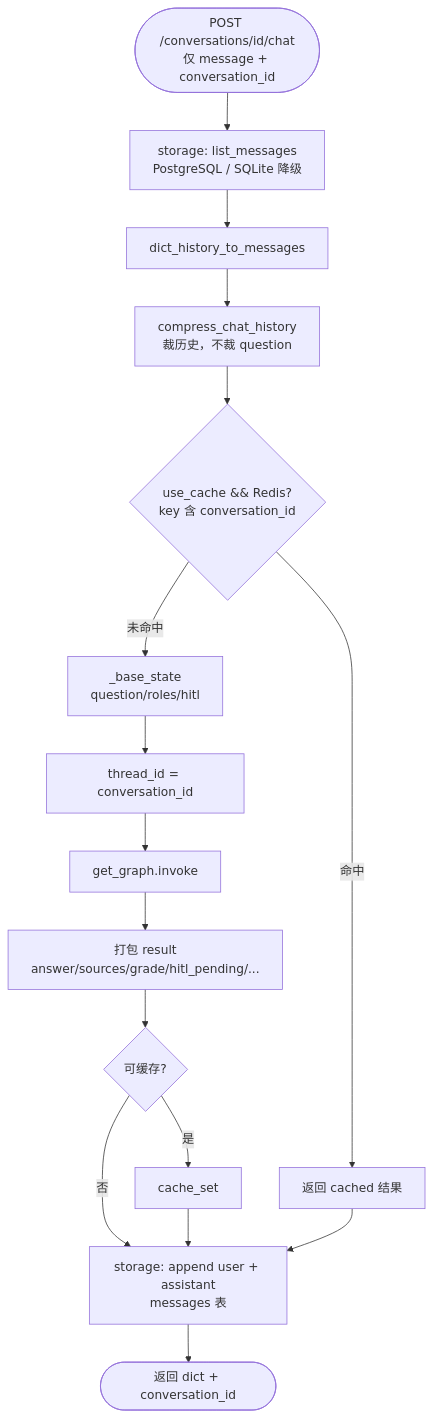
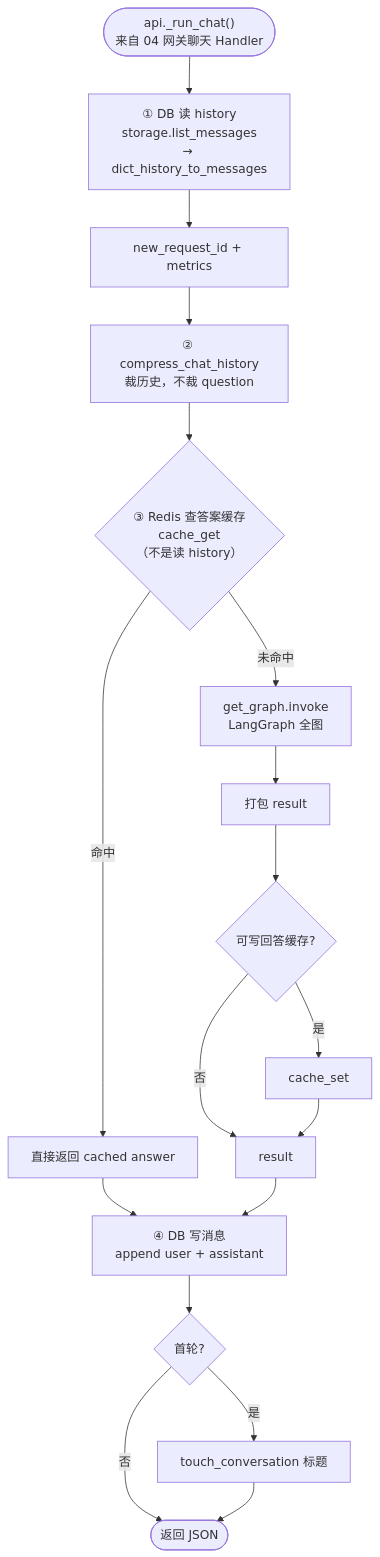
One commit to charlie-chann/ai-agent-langgraph-main changed the seventh of 22 diagrams in project_00_rag_agent/docs/architecture.md. Above: the diagram before and after it, drawn with Mermaid. The commit also changed other lines of this file and 4 other files, not shown here.

Commit message:
docs(project_00): 更新 HTTP gateway 与同步问答流程图

````diff
--- a/project_00_rag_agent/docs/architecture.md
+++ b/project_00_rag_agent/docs/architecture.md
@@ -370,21 +379,25 @@
 ```mermaid
 flowchart TD
-    START([POST /conversations/id/chat<br/>仅 message + conversation_id]) --> LOAD[storage: list_messages<br/>PostgreSQL / SQLite 降级]
-    LOAD --> DICT[dict_history_to_messages]
-    DICT --> COMPRESS[compress_chat_history<br/>裁历史，不裁 question]
+    START(["api._run_chat()<br/>来自 04 网关聊天 Handler"]) --> LOAD["① DB 读 history<br/>storage.list_messages<br/>→ dict_history_to_messages"]
+    LOAD --> RID[new_request_id + metrics]
 
-    COMPRESS --> CACHE{use_cache && Redis?<br/>key 含 conversation_id}
-    CACHE -->|命中| RET_CACHED[返回 cached 结果]
-    CACHE -->|未命中| BUILD[_base_state<br/>question/roles/hitl]
-    BUILD --> CONFIG["thread_id = conversation_id"]
-    CONFIG --> INVOKE[get_graph.invoke]
+    RID --> A1["② compress_chat_history<br/>裁历史，不裁 question"]
+    A1 --> A2{"③ Redis 查答案缓存<br/>cache_get<br/>（不是读 history）"}
 
-    INVOKE --> PACK[打包 result<br/>answer/sources/grade/hitl_pending/...]
-    PACK --> CACHE_W{可缓存?}
-    CACHE_W -->|是| CACHE_SET[cache_set]
-    CACHE_W -->|否| PERSIST
-    CACHE_SET --> PERSIST[storage: append user + assistant<br/>messages 表]
-    RET_CACHED --> PERSIST
+    A2 -->|命中| A2H[直接返回 cached answer]
+    A2 -->|未命中| A3[get_graph.invoke<br/>LangGraph 全图]
+    A3 --> A4[打包 result]
+    A4 --> A5{可写回答缓存?}
+    A5 -->|是| A6[cache_set]
+    A5 -->|否| MERGE[result]
+    A6 --> MERGE
 
-    PERSIST --> RETURN([返回 dict + conversation_id])
+    A2H --> SAVE["④ DB 写消息<br/>append user + assistant"]
+    MERGE --> SAVE
+    SAVE --> TIT{首轮?}
+    TIT -->|是| TITLE[touch_conversation 标题]
+    TIT -->|否| RETURN
+    TITLE --> RETURN([返回 JSON])
+
+    %% ②③ 在 agent.ask() 内；①④ 在 api._run_chat() 内
 ```
````
